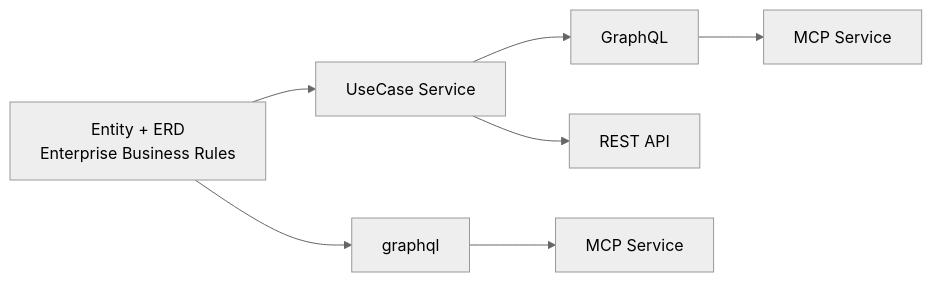
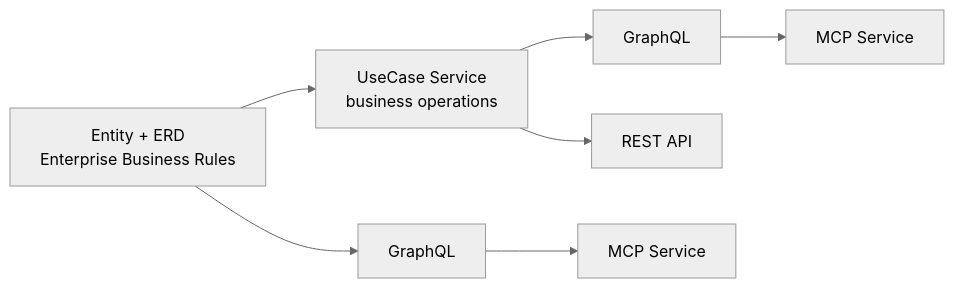
The second of 2 diagrams in README.md (allmonday/pydantic-resolve), drawn with Mermaid (neutral theme) before and after one commit.

Commit message:
docs(readme): annotate UseCase Service node + restore GraphQL casing
- Add "business operations" subtitle to the UseCase Service node so
  its purpose (vs entity's "Enterprise Business Rules") is visible
- Restore GraphQL display label (was lowercase "graphql")

````diff
--- a/README.md
+++ b/README.md
@@ -493,17 +493,17 @@
 ```mermaid
 flowchart LR
     entity["Entity + ERD<br/>Enterprise Business Rules"]
-    graphql["graphql"]
-    usecase["UseCase Service"]
+    graphql["GraphQL"]
+    usecase["UseCase Service<br/>business operations"]
     graphql_uc["GraphQL"]
     api["REST API"]
     mcp_uc["MCP Service"]
     mcp_gen["MCP Service"]
 
     entity --> graphql
     entity --> usecase
     usecase --> api
     usecase --> graphql_uc
     graphql_uc --> mcp_uc
     graphql --> mcp_gen
 ```
````
